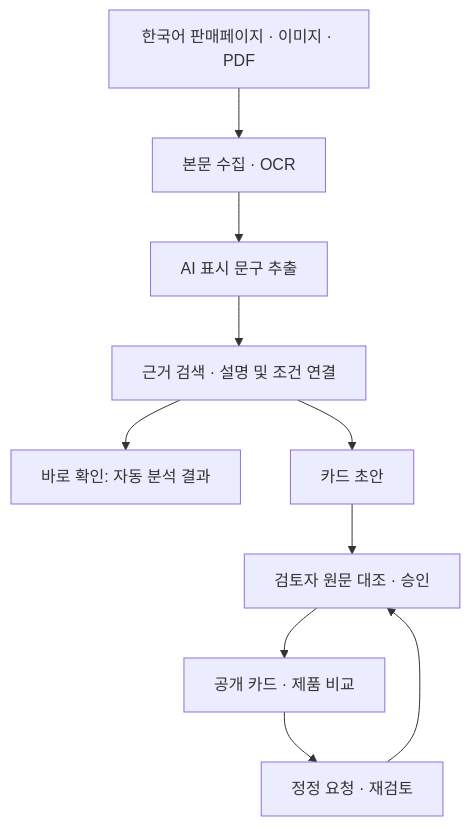
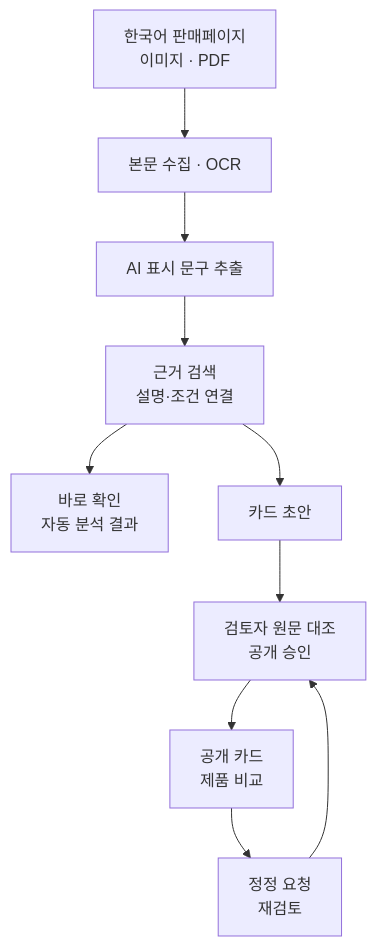
Before and after one commit to qutesophie-brilliant/aicard: the diagram in README.md, drawn with Mermaid. The commit also changed other lines of this file, not shown here.

Commit message:
docs: refine Korean wording and diagram line breaks [skip render]

````diff
--- a/README.md
+++ b/README.md
@@ -23,12 +23,12 @@
 ```mermaid
 flowchart TD
-    A[한국어 판매페이지 · 이미지 · PDF] --> B[본문 수집 · OCR]
-    B --> C[AI 표시 문구 추출]
-    C --> D[근거 검색 · 설명 및 조건 연결]
-    D --> E[바로 확인: 자동 분석 결과]
-    D --> F[카드 초안]
-    F --> G[검토자 원문 대조 · 승인]
-    G --> H[공개 카드 · 제품 비교]
-    H --> I[정정 요청 · 재검토]
+    A["한국어 판매페이지<br/>이미지 · PDF"] --> B["본문 수집 · OCR"]
+    B --> C["AI 표시 문구 추출"]
+    C --> D["근거 검색<br/>설명·조건 연결"]
+    D --> E["바로 확인<br/>자동 분석 결과"]
+    D --> F["카드 초안"]
+    F --> G["검토자 원문 대조<br/>공개 승인"]
+    G --> H["공개 카드<br/>제품 비교"]
+    H --> I["정정 요청<br/>재검토"]
     I --> G
 ```
````
